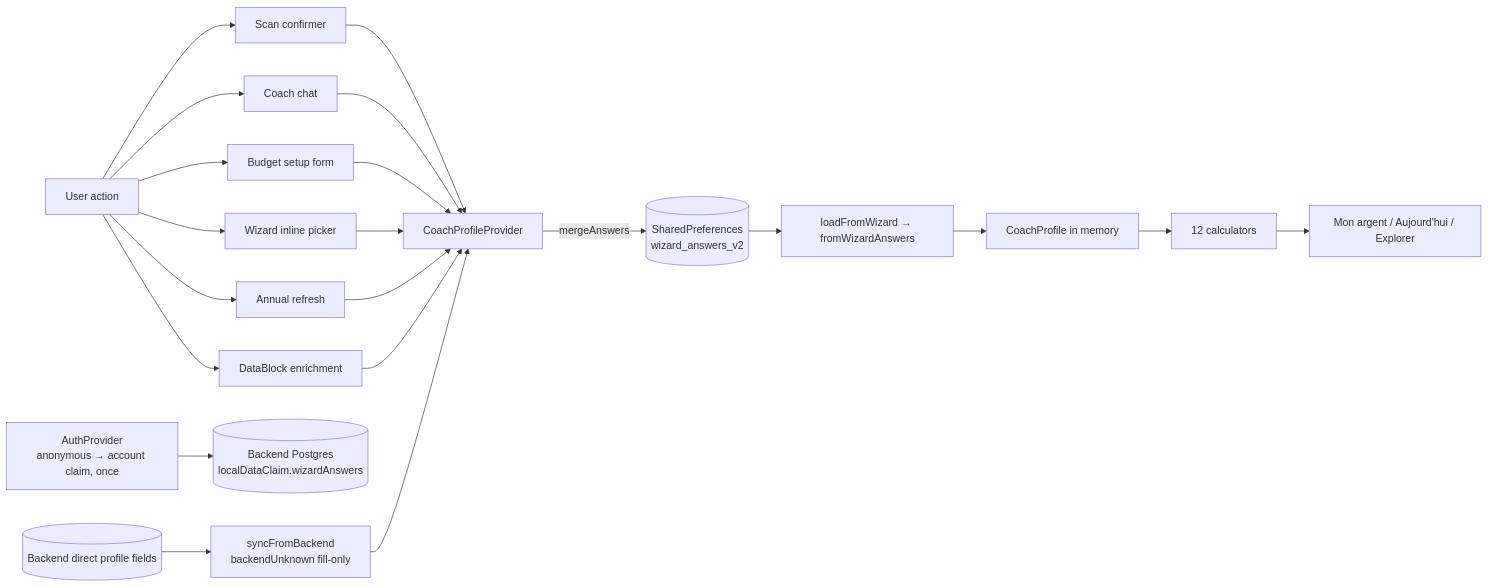
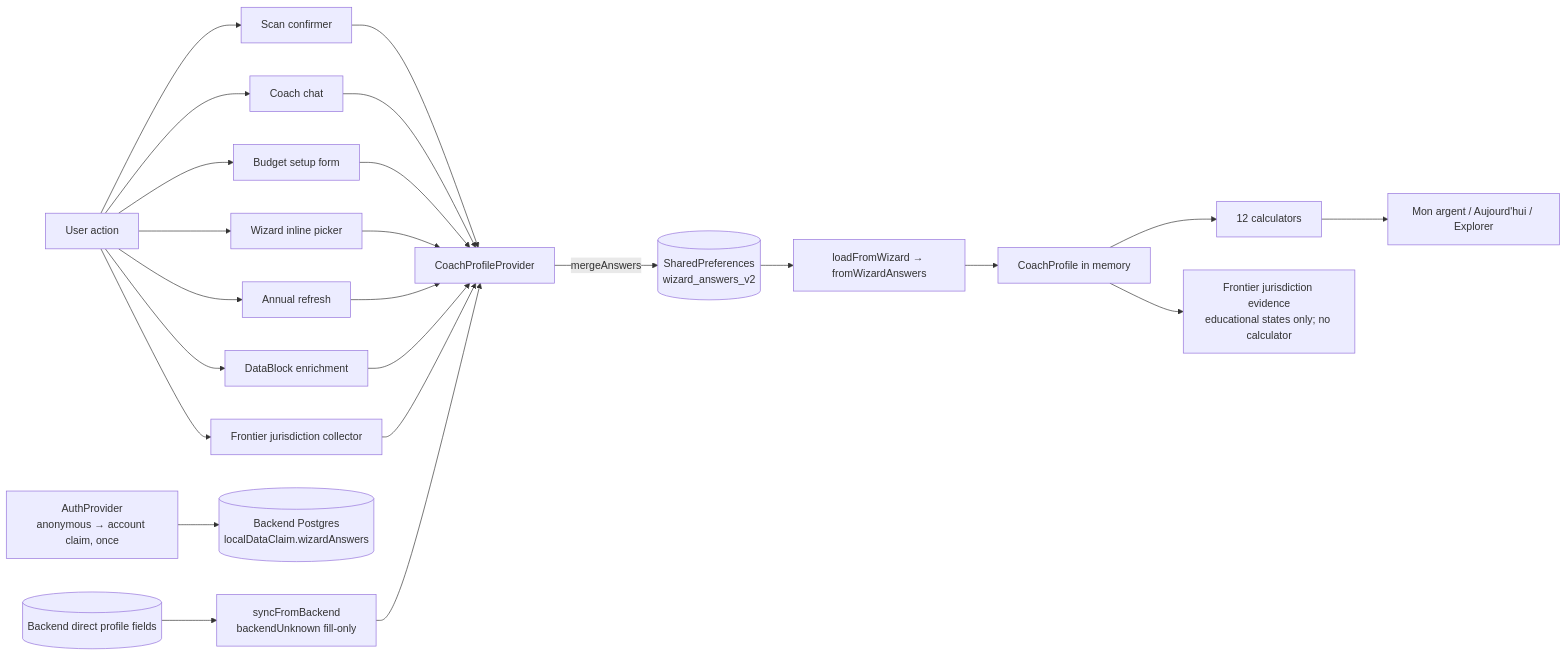
The diagram in docs/data-flow.md (MINT-IA/MINT), drawn with Mermaid before and after one commit. The commit also changed other lines of this file and 4 other files, not shown here.

````diff
--- a/docs/data-flow.md
+++ b/docs/data-flow.md
@@ -37,26 +41,29 @@
 ```mermaid
 flowchart LR
     U[User action] --> W1[Scan confirmer]
     U --> W2[Coach chat]
     U --> W3[Budget setup form]
     U --> W4[Wizard inline picker]
     U --> W5[Annual refresh]
     U --> W6[DataBlock enrichment]
+    U --> W7[Frontier jurisdiction collector]
 
     W1 --> PROV[CoachProfileProvider]
     W2 --> PROV
     W3 --> PROV
     W4 --> PROV
     W5 --> PROV
     W6 --> PROV
+    W7 --> PROV
 
     PROV -- mergeAnswers --> SP[(SharedPreferences<br/>wizard_answers_v2)]
     SP --> LOAD[loadFromWizard → fromWizardAnswers]
     LOAD --> PROFILE[CoachProfile in memory]
     PROFILE --> CALCS[12 calculators]
     CALCS --> UI[Mon argent / Aujourd'hui / Explorer]
+    PROFILE --> FRONTUI[Frontier jurisdiction evidence<br/>educational states only; no calculator]
 
     AUTH[AuthProvider<br/>anonymous → account claim, once] --> CLAIM[(Backend Postgres<br/>localDataClaim.wizardAnswers)]
     BE[(Backend direct profile fields)] --> INBOUND[syncFromBackend<br/>backendUnknown fill-only]
     INBOUND --> PROV
 ```
````
